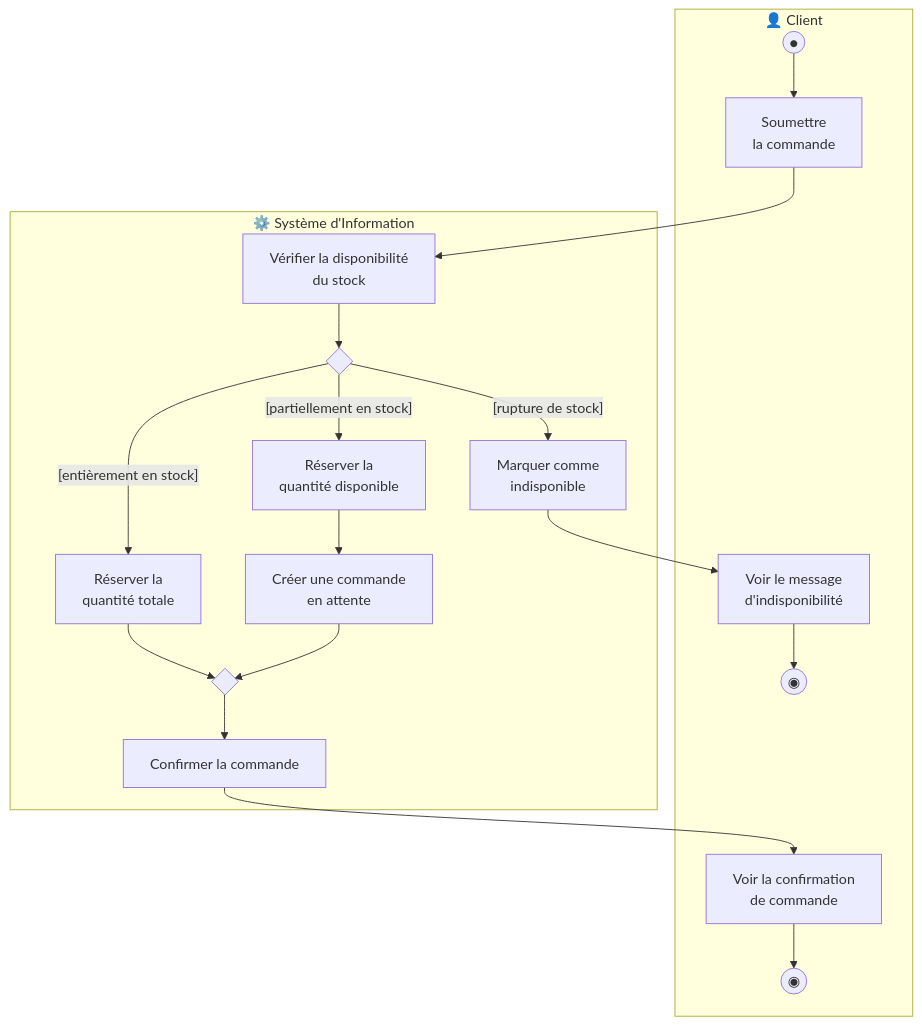
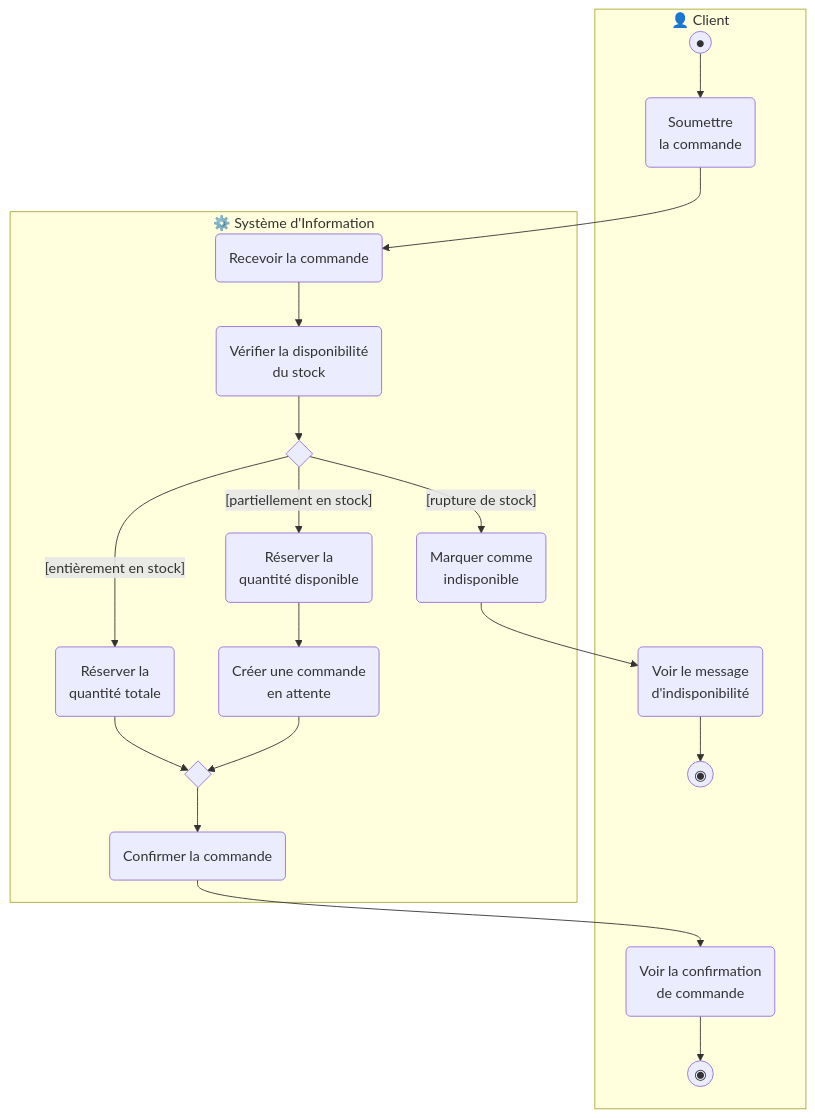
Before and after one commit to MATBMS/study-case-training: the third of 11 diagrams in UML/solutions/UML Activity Solutions.md, drawn with Mermaid. The commit also changed other lines of this file and 12 other files, not shown here.

````diff
--- a/UML/solutions/UML Activity Solutions.md
+++ b/UML/solutions/UML Activity Solutions.md
@@ -45,21 +98,22 @@
 ```mermaid
 flowchart TB
     subgraph CLT ["👤 Client"]
-        I(("●")) --> A["Soumettre<br/>la commande"]
-        OK["Voir la confirmation<br/>de commande"] --> END(("◉"))
-        KO["Voir le message<br/>d'indisponibilité"] --> END2(("◉"))
+        I(("●")) --> A("Soumettre<br/>la commande")
+        OK("Voir la confirmation<br/>de commande") --> END(("◉"))
+        KO("Voir le message<br/>d'indisponibilité") --> END2(("◉"))
     end
     subgraph SI ["⚙️ Système d'Information"]
-        S1["Vérifier la disponibilité<br/>du stock"] --> D{" "}
-        D -- "[entièrement en stock]" --> S2a["Réserver la<br/>quantité totale"]
-        D -- "[partiellement en stock]" --> S2b["Réserver la<br/>quantité disponible"]
-        S2b --> S2c["Créer une commande<br/>en attente"]
-        D -- "[rupture de stock]" --> S3["Marquer comme<br/>indisponible"]
-        S2a --> M{" "}
-        S2c --> M
-        M --> S4["Confirmer la commande"]
+        S1("Recevoir la commande") --> S2("Vérifier la disponibilité<br/>du stock")
+        S2 --> D{" "}
+        D -- "[entièrement en stock]" --> S3a("Réserver la<br/>quantité totale")
+        D -- "[partiellement en stock]" --> S3b("Réserver la<br/>quantité disponible")
+        S3b --> S3c("Créer une commande<br/>en attente")
+        D -- "[rupture de stock]" --> S4("Marquer comme<br/>indisponible")
+        S3a --> M{" "}
+        S3c --> M
+        M --> S5("Confirmer la commande")
     end
     A --> S1
-    S4 --> OK
-    S3 --> KO
+    S5 --> OK
+    S4 --> KO
 ```
````
